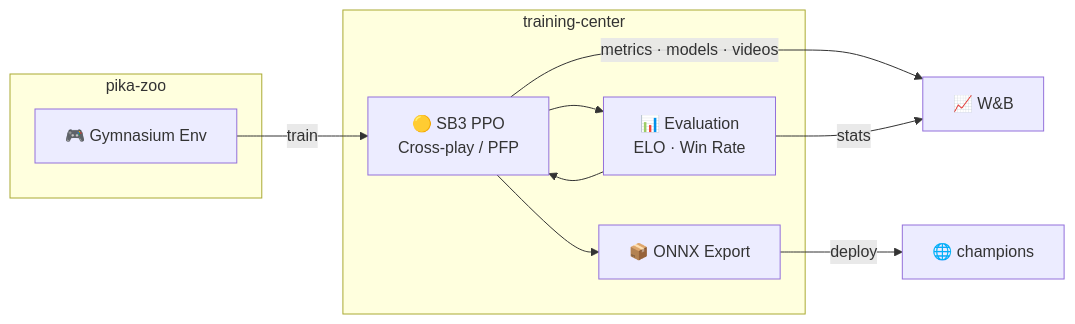
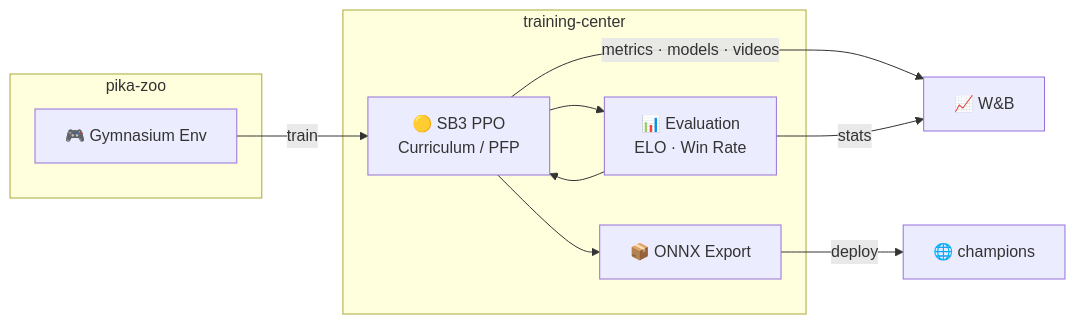
One commit to alphachu-volleyball/training-center changed the diagram in README.md. Above: the diagram before and after it, drawn with Mermaid. The commit also changed other lines of this file and 12 other files, not shown here.

````diff
--- a/README.md
+++ b/README.md
@@ -17,21 +17,21 @@
 ```mermaid
 graph LR
     subgraph pika-zoo
         ENV["🎮 Gymnasium Env"]
     end
 
     subgraph training-center
-        TRAIN["🟡 SB3 PPO<br>Cross-play / PFP"]
+        TRAIN["🟡 SB3 PPO<br>Curriculum / PFP"]
         EVAL["📊 Evaluation<br>ELO · Win Rate"]
         EXPORT["📦 ONNX Export"]
 
         TRAIN --> EVAL
         EVAL --> TRAIN
         TRAIN --> EXPORT
     end
 
     ENV -->|train| TRAIN
     TRAIN -->|metrics · models · videos| WB["📈 W&B"]
     EVAL -->|stats| WB
     EXPORT -->|deploy| WT["🌐 champions"]
 ```
````
